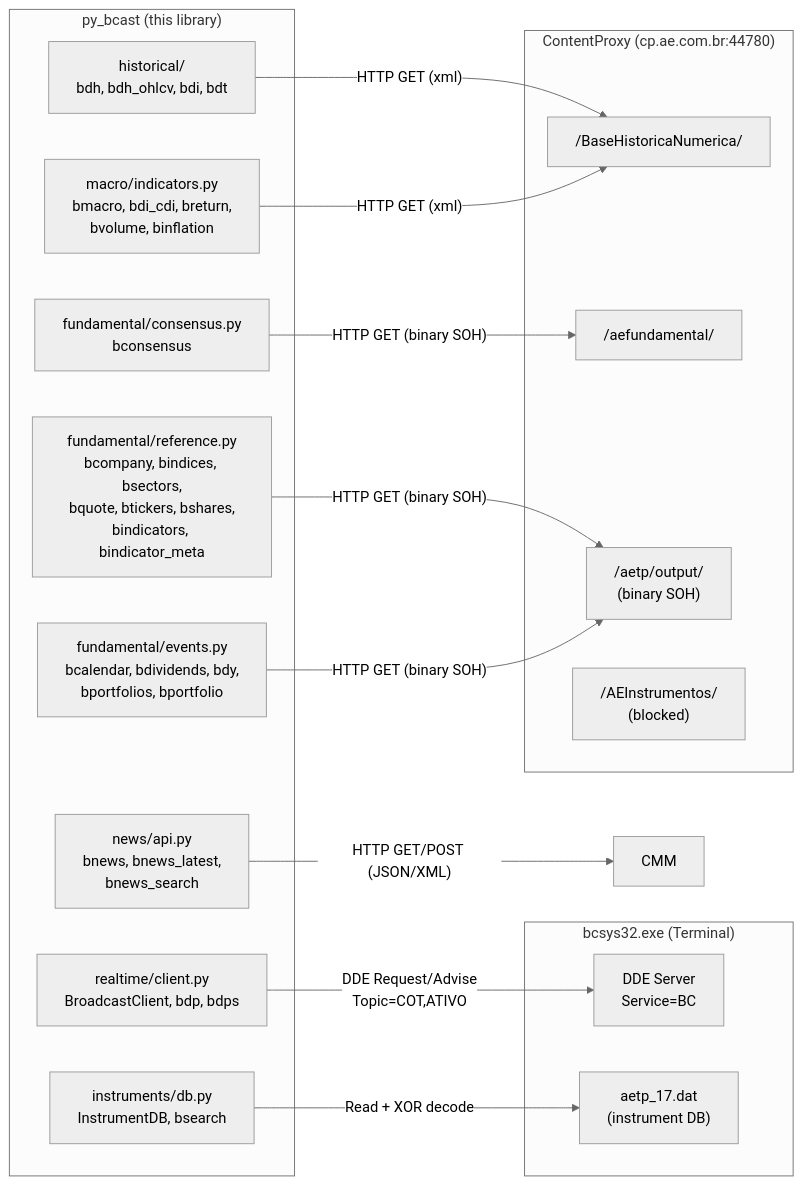
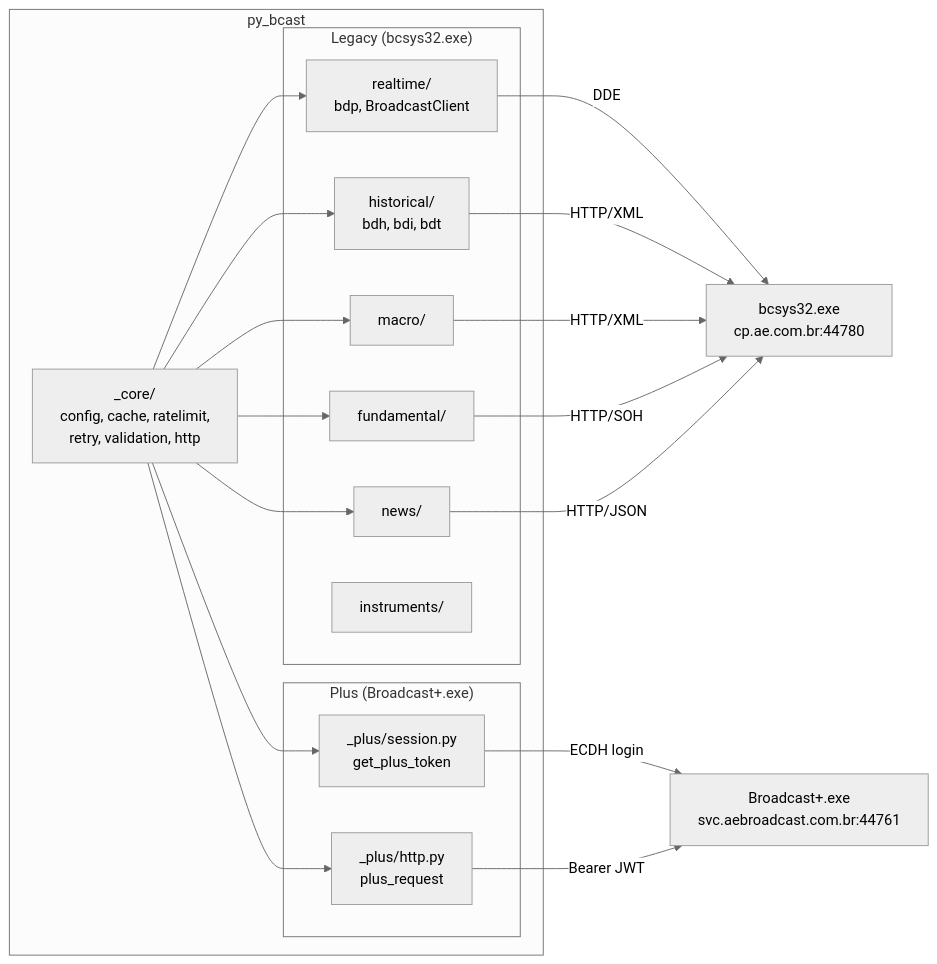
One commit to enzoomoreira/py-bcast changed the diagram in docs/architecture.md. Above: the diagram before and after it, drawn with Mermaid (neutral theme). The commit also changed other lines of this file and 43 other files, not shown here.

First line of the commit message:
feat(plus): add Broadcast+ backend with dual-terminal routing

````diff
--- a/docs/architecture.md
+++ b/docs/architecture.md
@@ -7,34 +18,36 @@
 ```mermaid
 graph LR
-    subgraph "py_bcast (this library)"
-        CLIENT["realtime/client.py<br/>BroadcastClient, bdp, bdps"]
-        HIST["historical/<br/>bdh, bdh_ohlcv, bdi, bdt"]
-        MACRO["macro/indicators.py<br/>bmacro, bdi_cdi, breturn,<br/>bvolume, binflation"]
-        FUND["fundamental/consensus.py<br/>bconsensus"]
-        REF["fundamental/reference.py<br/>bcompany, bindices, bsectors,<br/>bquote, btickers, bshares,<br/>bindicators, bindicator_meta"]
-        EVT["fundamental/events.py<br/>bcalendar, bdividends, bdy,<br/>bportfolios, bportfolio"]
-        NEWS["news/api.py<br/>bnews, bnews_latest,<br/>bnews_search"]
-        INST["instruments/db.py<br/>InstrumentDB, bsearch"]
+    subgraph "py_bcast"
+        CORE["_core/<br/>config, cache, ratelimit,<br/>retry, validation, http"]
+
+        subgraph "Legacy (bcsys32.exe)"
+            L_RT["realtime/<br/>bdp, BroadcastClient"]
+            L_HIST["historical/<br/>bdh, bdi, bdt"]
+            L_MACRO["macro/"]
+            L_FUND["fundamental/"]
+            L_NEWS["news/"]
+            L_INST["instruments/"]
+        end
+
+        subgraph "Plus (Broadcast+.exe)"
+            P_SESS["_plus/session.py<br/>get_plus_token"]
+            P_HTTP["_plus/http.py<br/>plus_request"]
+        end
+
+        CORE --> L_RT
+        CORE --> L_HIST
+        CORE --> L_MACRO
+        CORE --> L_FUND
+        CORE --> L_NEWS
+        CORE --> P_SESS
+        CORE --> P_HTTP
     end
 
-    subgraph "bcsys32.exe (Terminal)"
-        DDE["DDE Server<br/>Service=BC"]
-        DB["aetp_17.dat<br/>(instrument DB)"]
-    end
-
-    subgraph "ContentProxy (cp.ae.com.br:44780)"
-        BHN["/BaseHistoricaNumerica/"]
-        AEF["/aefundamental/"]
-        AETP["/aetp/output/<br/>(binary SOH)"]
-        AEI["/AEInstrumentos/<br/>(blocked)"]
-    end
-
-    CLIENT -->|"DDE Request/Advise<br/>Topic=COT,ATIVO"| DDE
-    HIST -->|"HTTP GET (xml)"| BHN
-    MACRO -->|"HTTP GET (xml)"| BHN
-    FUND -->|"HTTP GET (binary SOH)"| AEF
-    REF -->|"HTTP GET (binary SOH)"| AETP
-    EVT -->|"HTTP GET (binary SOH)"| AETP
-    NEWS -->|"HTTP GET/POST (JSON/XML)"| CMM
-    INST -->|"Read + XOR decode"| DB
+    L_RT -->|"DDE"| BCSYS["bcsys32.exe<br/>cp.ae.com.br:44780"]
+    L_HIST -->|"HTTP/XML"| BCSYS
+    L_MACRO -->|"HTTP/XML"| BCSYS
+    L_FUND -->|"HTTP/SOH"| BCSYS
+    L_NEWS -->|"HTTP/JSON"| BCSYS
+    P_SESS -->|"ECDH login"| PLUS["Broadcast+.exe<br/>svc.aebroadcast.com.br:44761"]
+    P_HTTP -->|"Bearer JWT"| PLUS
 ```
````
